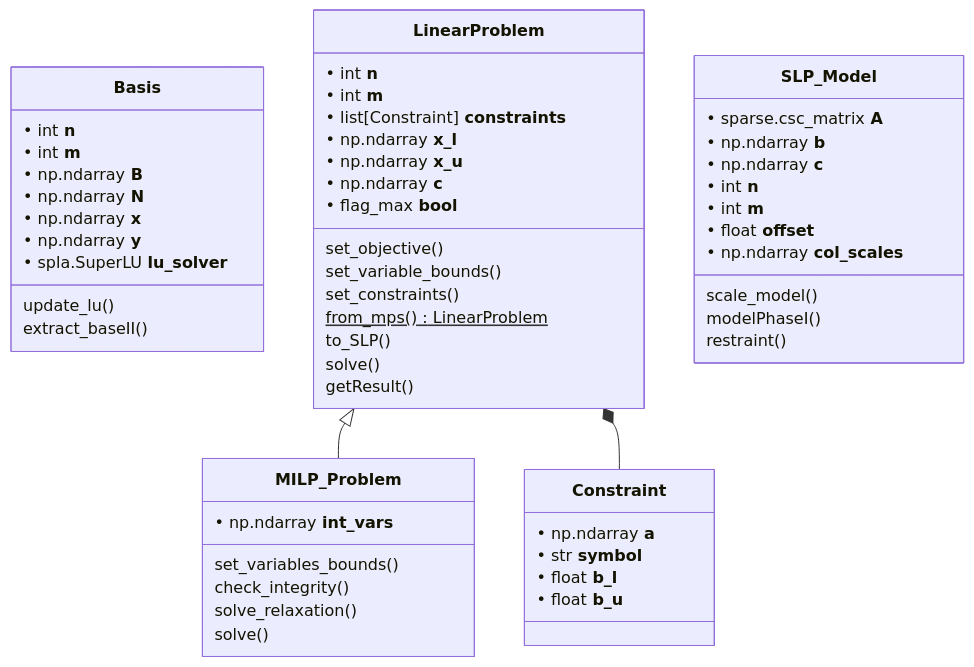
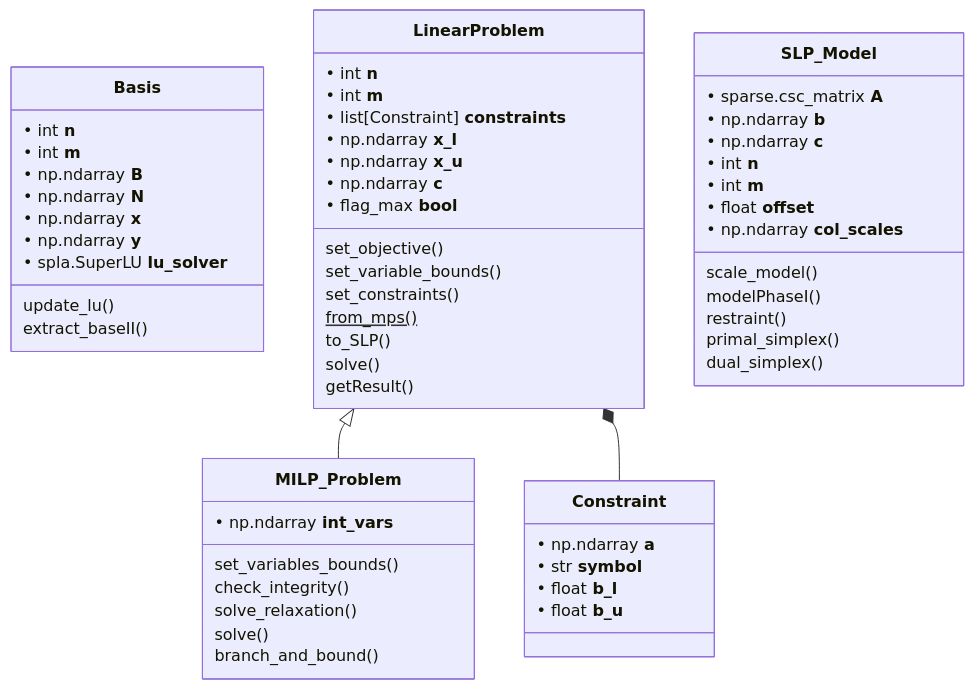
One commit to JeanPousset/MILP_solver changed the second of 2 diagrams in README.md. Above: the diagram before and after it, drawn with Mermaid. The commit also changed other lines of this file and 1 other file, not shown here.

Commit message:
check readme changes

````diff
--- a/README.md
+++ b/README.md
@@ -30,69 +30,72 @@
 ```mermaid
 ---
 config:
   htmlLabels: false
 ---
 classDiagram
     class Basis{
         • int __n__
         • int __m__
         • np.ndarray __B__
         • np.ndarray __N__
         • np.ndarray __x__
         • np.ndarray __y__
         • spla.SuperLU __lu_solver__
         
         update_lu()
         extract_baseII()
     }
     class Constraint{
         • np.ndarray __a__
         • str __symbol__
         • float __b_l__
         • float __b_u__
     }
     
     class LinearProblem{
         • int __n__
         • int __m__ 
         • list[Constraint] __constraints__
         • np.ndarray __x_l__
         • np.ndarray __x_u__
         • np.ndarray __c__
         • flag_max __bool__
         
         set_objective()
         set_variable_bounds()
         set_constraints()
-        from_mps() LinearProblem$
+        from_mps()$
         to_SLP()
         solve()
         getResult()
     }
     
     class MILP_Problem{
         • np.ndarray __int_vars__
         set_variables_bounds()
         check_integrity()
         solve_relaxation()
         solve()
+        branch_and_bound()
     }
     
     class SLP_Model{
         • sparse.csc_matrix __A__
         • np.ndarray __b__
         • np.ndarray __c__
         • int __n__
         • int __m__
         • float __offset__
         • np.ndarray __col_scales__
         scale_model()
         modelPhaseI()
         restraint()
+        primal_simplex()
+        dual_simplex()
 
     }
     
     LinearProblem <|-- MILP_Problem
     LinearProblem *-- Constraint
     
 ```
````
